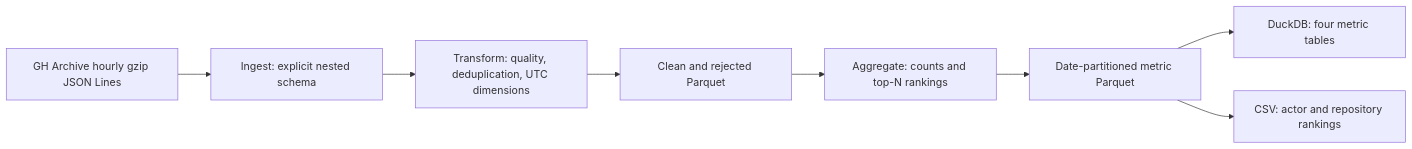
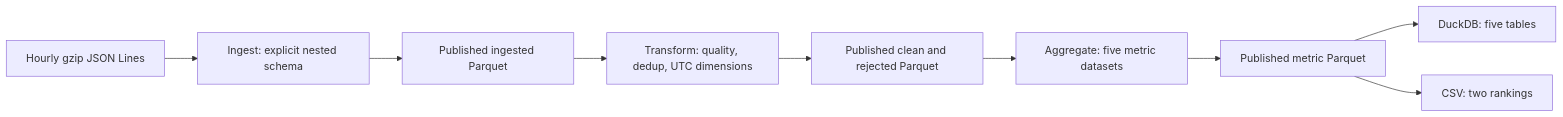
Before and after one commit to Davideco89/batch-processing-spark: the diagram in README.md, drawn with Mermaid. The commit also changed other lines of this file and 7 other files, not shown here.

````diff
--- a/README.md
+++ b/README.md
@@ -21,10 +24,11 @@
 ```mermaid
 flowchart LR
-    source[GH Archive hourly gzip JSON Lines] --> ingest[Ingest: explicit nested schema]
-    ingest --> transform[Transform: quality, deduplication, UTC dimensions]
-    transform --> clean[Clean and rejected Parquet]
-    clean --> aggregate[Aggregate: counts and top-N rankings]
-    aggregate --> parquet[Date-partitioned metric Parquet]
-    parquet --> database[DuckDB: four metric tables]
-    parquet --> csv[CSV: actor and repository rankings]
+    archive[Hourly gzip JSON Lines] --> ingest[Ingest: explicit nested schema]
+    ingest --> checkpoint[Published ingested Parquet]
+    checkpoint --> transform[Transform: quality, dedup, UTC dimensions]
+    transform --> records[Published clean and rejected Parquet]
+    records --> aggregate[Aggregate: five metric datasets]
+    aggregate --> metrics[Published metric Parquet]
+    metrics --> database[DuckDB: five tables]
+    metrics --> csv[CSV: two rankings]
 ```
````
